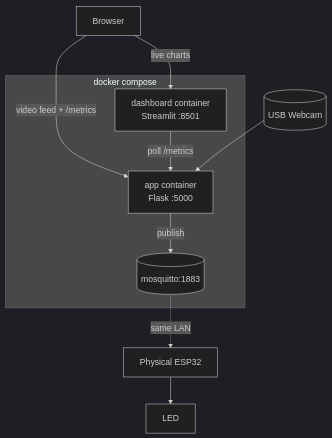
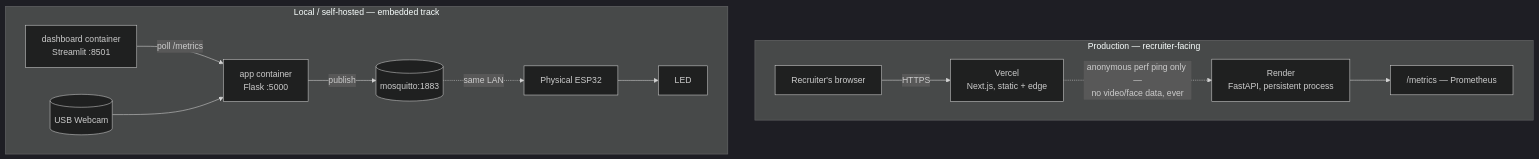
The third of 4 diagrams in docs/architecture.md (Fouad-Smaoui/TinyML-Driven-Embedded-AI-Vision), drawn with Mermaid (dark theme) before and after one commit. The commit also changed other lines of this file and 93 other files, not shown here.

First line of the commit message:
Add EdgeVision AI: browser-native live demo + FastAPI backend alongside the embedded pipeline

````diff
--- a/docs/architecture.md
+++ b/docs/architecture.md
@@ -65,17 +102,19 @@
 ```mermaid
 graph TB
-    subgraph "docker compose"
-        Mosquitto[(mosquitto:1883)]
-        App["app container<br/>Flask :5000"]
-        Dashboard["dashboard container<br/>Streamlit :8501"]
-        App -->|publish| Mosquitto
-        Dashboard -->|poll /metrics| App
+    subgraph Prod["Production — recruiter-facing"]
+        Visitor[Recruiter's browser] -->|HTTPS| Vercel["Vercel<br/>Next.js, static + edge"]
+        Vercel -.->|"anonymous perf ping only —<br/>no video/face data, ever"| Render["Render<br/>FastAPI, persistent process"]
+        Render --> RenderMetrics["/metrics — Prometheus"]
     end
 
-    Webcam[(USB Webcam)] --> App
-    Browser[Browser] -->|video feed + /metrics| App
-    Browser -->|live charts| Dashboard
-
-    Mosquitto -.->|same LAN| ESP32HW[Physical ESP32]
-    ESP32HW --> LEDHW[LED]
+    subgraph Local["Local / self-hosted — embedded track"]
+        Mosquitto[(mosquitto:1883)]
+        AppC["app container<br/>Flask :5000"]
+        DashC["dashboard container<br/>Streamlit :8501"]
+        AppC -->|publish| Mosquitto
+        DashC -->|"poll /metrics"| AppC
+        WebcamHW[(USB Webcam)] --> AppC
+        Mosquitto -.->|same LAN| ESP32HW[Physical ESP32]
+        ESP32HW --> LEDHW[LED]
+    end
 ```
````
